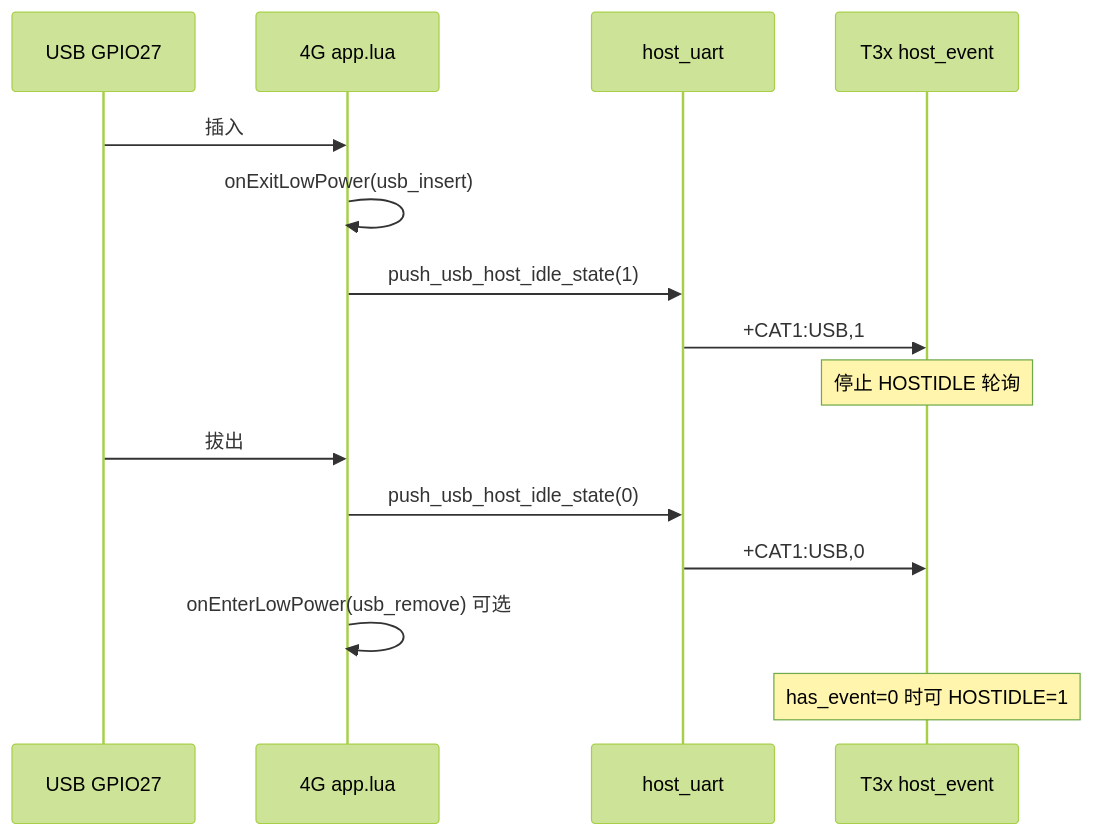
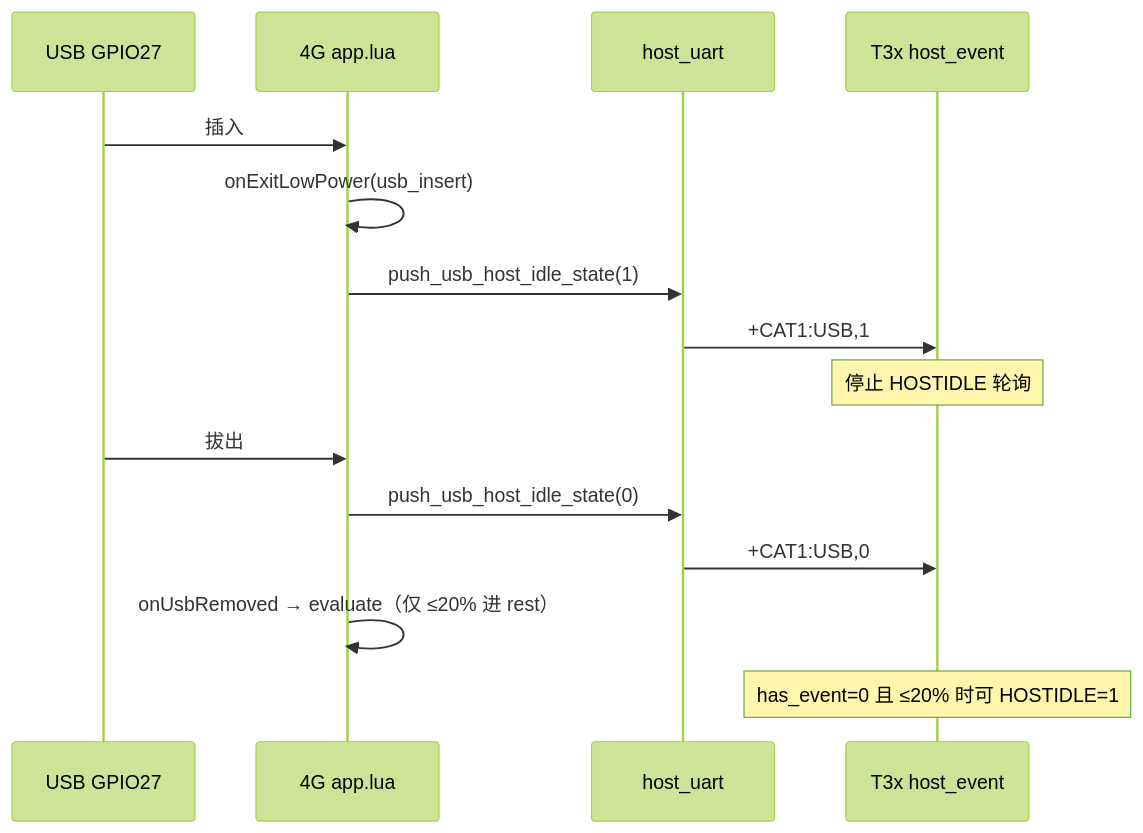
The first of 3 diagrams in doc/T3X_LOW_POWER.md (dzr1986/AIR780EHM), drawn with Mermaid (forest theme) before and after one commit. The commit also changed other lines of this file and 69 other files, not shown here.

````diff
--- a/doc/T3X_LOW_POWER.md
+++ b/doc/T3X_LOW_POWER.md
@@ -107,19 +107,19 @@
 ```mermaid
 sequenceDiagram
     participant U as USB GPIO27
     participant G as 4G app.lua
     participant H as host_uart
     participant T as T3x host_event
 
     U->>G: 插入
     G->>G: onExitLowPower(usb_insert)
     G->>H: push_usb_host_idle_state(1)
     H->>T: +CAT1:USB,1
     Note over T: 停止 HOSTIDLE 轮询
 
     U->>G: 拔出
     G->>H: push_usb_host_idle_state(0)
     H->>T: +CAT1:USB,0
-    G->>G: onEnterLowPower(usb_remove) 可选
-    Note over T: has_event=0 时可 HOSTIDLE=1
+    G->>G: onUsbRemoved → evaluate（仅 ≤20% 进 rest）
+    Note over T: has_event=0 且 ≤20% 时可 HOSTIDLE=1
 ```
````
